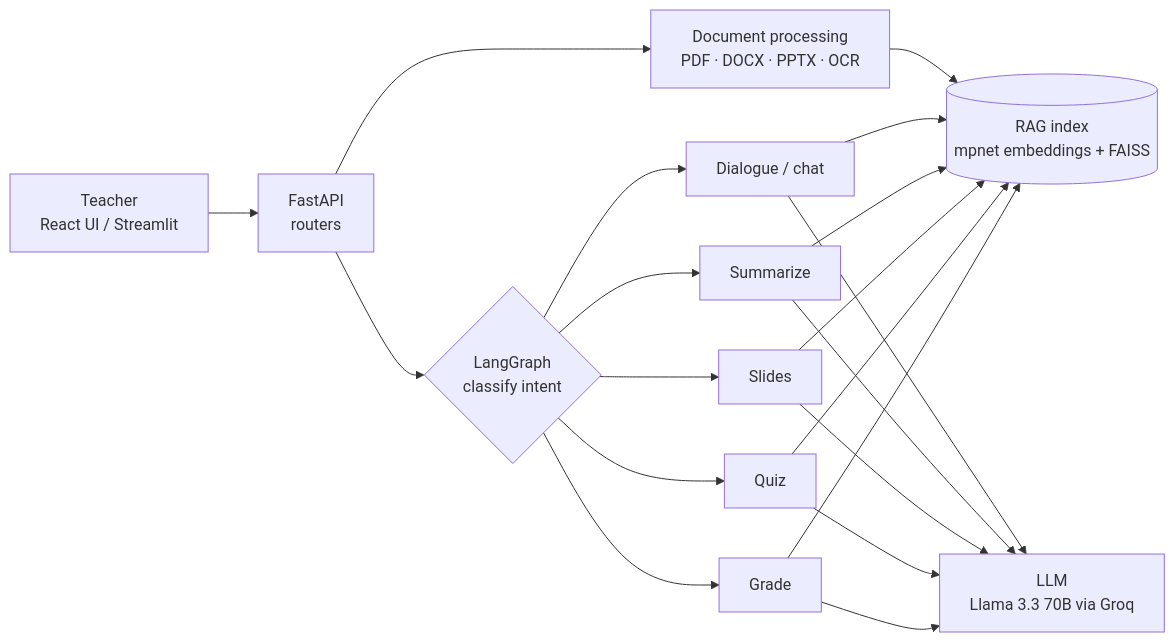
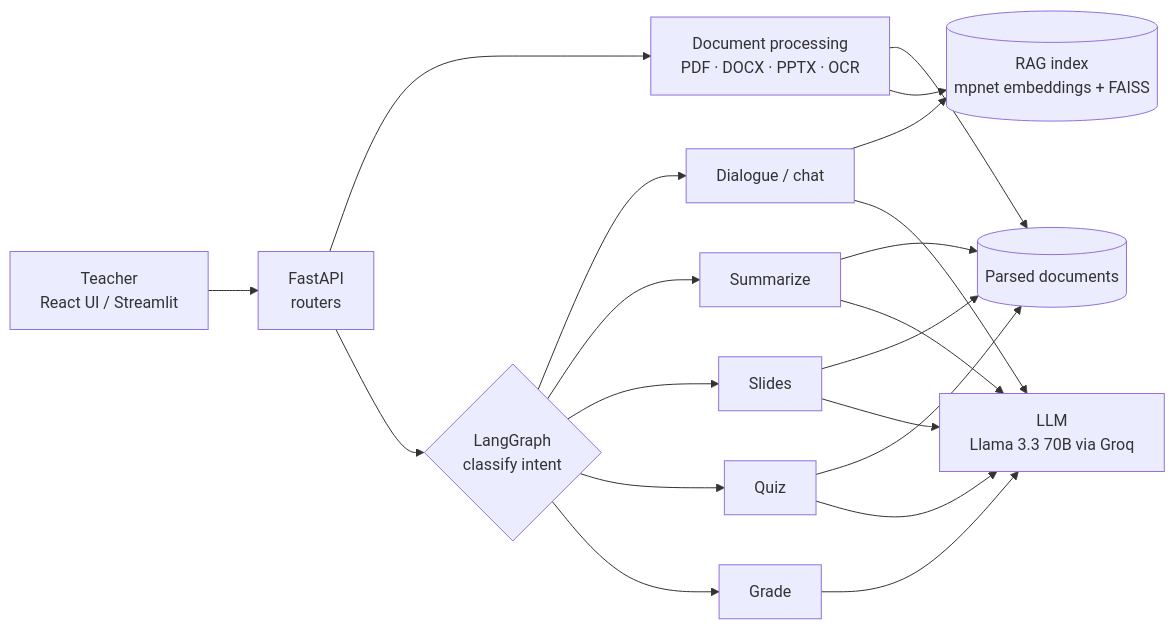
The diagram in README.md (Jean-Mardini/Smart-Teacher-Assistant), drawn with Mermaid before and after one commit. The commit also changed other lines of this file and 1 other file, not shown here.

Commit message:
Fix README architecture section; stop ignoring frontend/src/lib

````diff
--- a/README.md
+++ b/README.md
@@ -29,14 +29,16 @@
 ```mermaid
 flowchart LR
     U[Teacher<br/>React UI / Streamlit] --> API[FastAPI<br/>routers]
     API --> DP[Document processing<br/>PDF · DOCX · PPTX · OCR]
+    DP --> LIB[(Parsed documents)]
     DP --> RAG[(RAG index<br/>mpnet embeddings + FAISS)]
     API --> G{LangGraph<br/>classify intent}
     G --> D[Dialogue / chat]
     G --> S[Summarize]
     G --> SL[Slides]
     G --> Q[Quiz]
     G --> GR[Grade]
-    D & S & SL & Q & GR --> RAG
+    D --> RAG
+    S & SL & Q --> LIB
     D & S & SL & Q & GR --> LLM[LLM<br/>Llama 3.3 70B via Groq]
 ```
````
